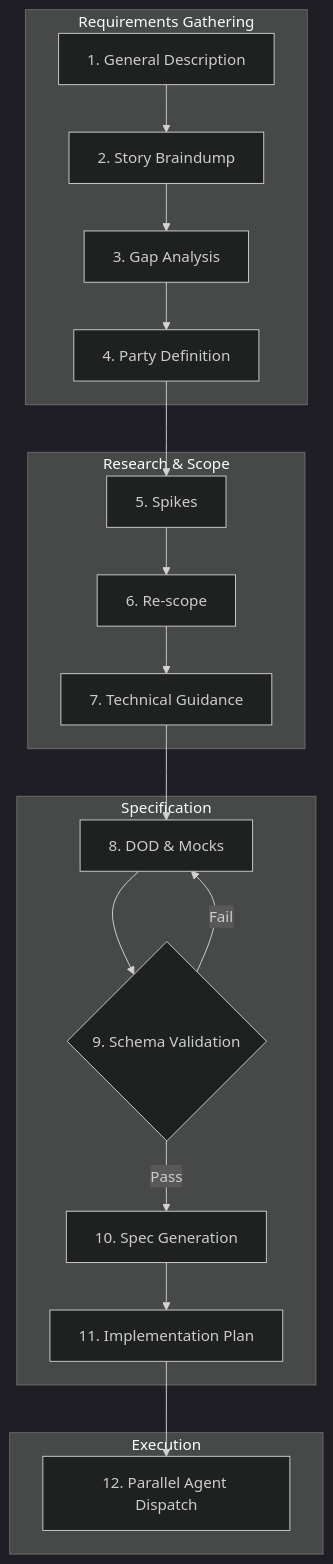
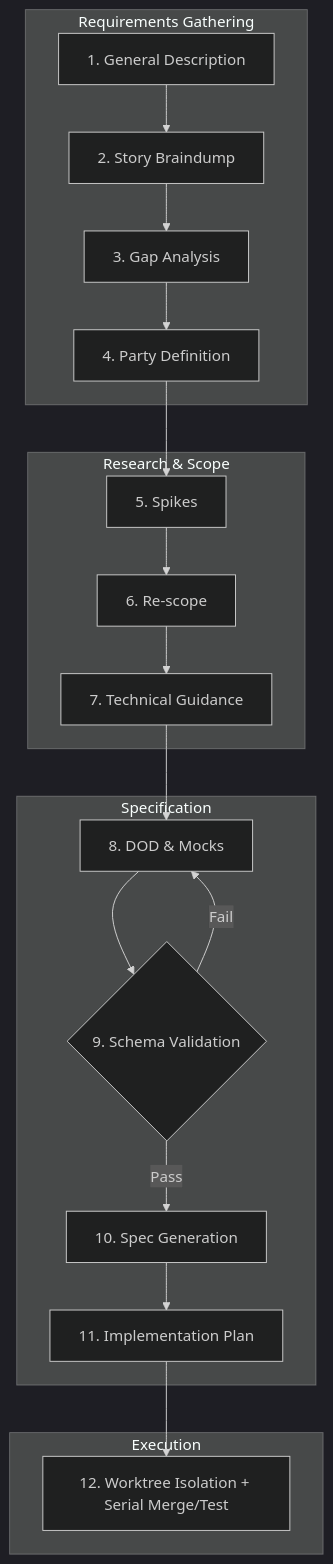
The first of 3 diagrams in README.md (djpate/kryptonite), drawn with Mermaid (dark theme) before and after one commit. The commit also changed other lines of this file and 5 other files, not shown here.

First line of the commit message:
feat: add worktree isolation for parallel coder agents

````diff
--- a/README.md
+++ b/README.md
@@ -156,33 +158,33 @@
 ```mermaid
 graph TD
     subgraph GATHER ["Requirements Gathering"]
         P1["1. General Description"]
         P2["2. Story Braindump"]
         P3["3. Gap Analysis"]
         P4["4. Party Definition"]
     end
 
     subgraph RESEARCH ["Research & Scope"]
         P5["5. Spikes"]
         P6["6. Re-scope"]
         P7["7. Technical Guidance"]
     end
 
     subgraph SPEC ["Specification"]
         P8["8. DOD & Mocks"]
         P9{"9. Schema Validation"}
         P10["10. Spec Generation"]
         P11["11. Implementation Plan"]
     end
 
     subgraph EXEC ["Execution"]
-        P12["12. Parallel Agent Dispatch"]
+        P12["12. Worktree Isolation + Serial Merge/Test"]
     end
 
     P1 --> P2 --> P3 --> P4
     P4 --> P5 --> P6 --> P7
     P7 --> P8 --> P9
     P9 -->|Pass| P10 --> P11
     P9 -->|Fail| P8
     P11 --> P12
 ```
````
